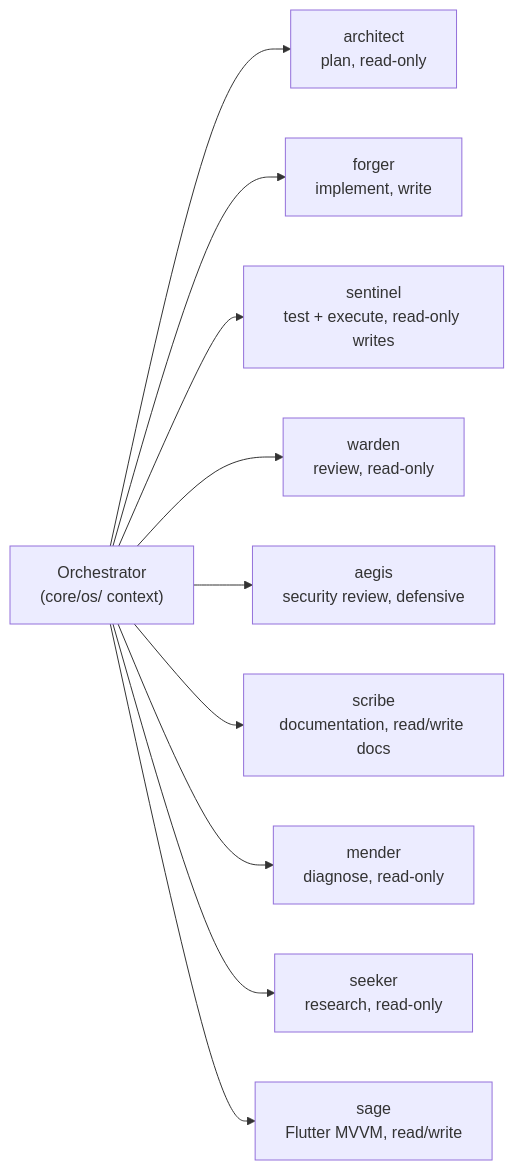
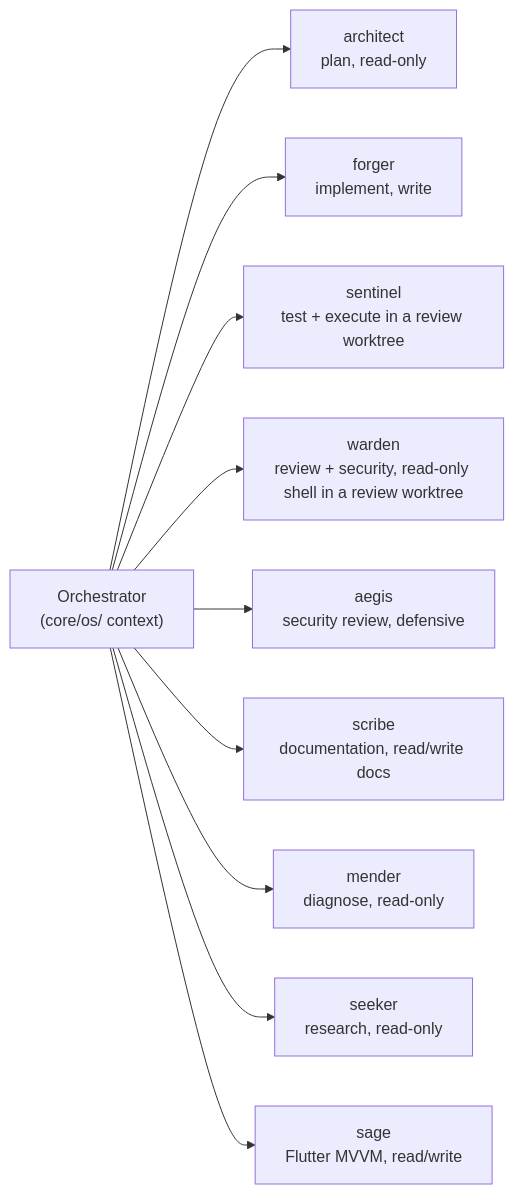
Before and after one commit to fiftynotai/igris-ai: the fifth of 5 diagrams in docs/architecture/SYSTEM.md, drawn with Mermaid. The commit also changed other lines of this file and 25 other files, not shown here.

````diff
--- a/docs/architecture/SYSTEM.md
+++ b/docs/architecture/SYSTEM.md
@@ -241,13 +245,13 @@
 ```mermaid
 flowchart LR
     O["Orchestrator<br/>(core/os/ context)"]
     O --> A["architect<br/>plan, read-only"]
     O --> F["forger<br/>implement, write"]
-    O --> S["sentinel<br/>test + execute, read-only writes"]
-    O --> W["warden<br/>review, read-only"]
+    O --> S["sentinel<br/>test + execute in a review worktree"]
+    O --> W["warden<br/>review + security, read-only shell in a review worktree"]
     O --> E["aegis<br/>security review, defensive"]
     O --> D["scribe<br/>documentation, read/write docs"]
     O --> M["mender<br/>diagnose, read-only"]
     O --> K["seeker<br/>research, read-only"]
     O --> G["sage<br/>Flutter MVVM, read/write"]
 ```
````
